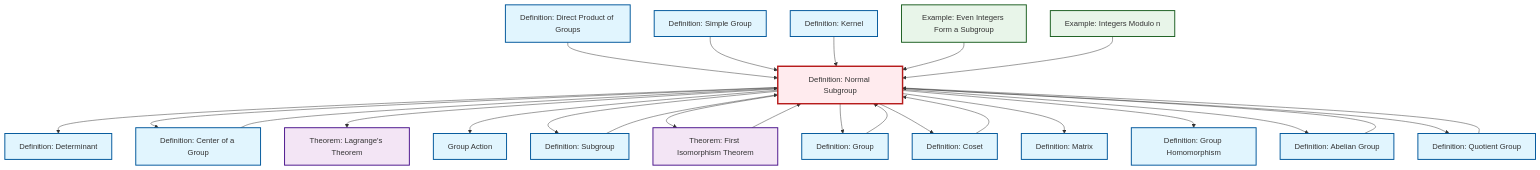
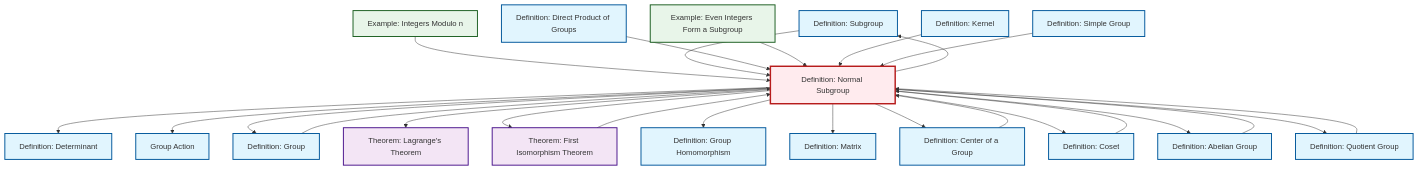
One commit to RK0429/ModernMath changed the diagram in content/en/algebra/def-normal-subgroup.qmd. Above: the diagram before and after it, drawn with Mermaid. The commit also changed other lines of this file and 672 other files, not shown here.

````diff
--- a/content/en/algebra/def-normal-subgroup.qmd
+++ b/content/en/algebra/def-normal-subgroup.qmd
@@ -96,69 +96,69 @@
 ```{mermaid}
 %%| fig-cap: "Local dependency graph"
 graph TD
     classDef definition fill:#e1f5fe,stroke:#01579b,stroke-width:2px
     classDef theorem fill:#f3e5f5,stroke:#4a148c,stroke-width:2px
     classDef axiom fill:#fff3e0,stroke:#e65100,stroke-width:2px
     classDef example fill:#e8f5e9,stroke:#1b5e20,stroke-width:2px
     classDef current fill:#ffebee,stroke:#b71c1c,stroke-width:3px
+    def-subgroup["Definition: Subgroup"]:::definition
+    def-normal-subgroup["Definition: Normal Subgroup"]:::definition
+    def-quotient-group["Definition: Quotient Group"]:::definition
+    def-direct-product["Definition: Direct Product of Groups"]:::definition
+    def-determinant["Definition: Determinant"]:::definition
+    ex-quotient-integers-mod-n["Example: Integers Modulo n"]:::example
+    def-matrix["Definition: Matrix"]:::definition
+    ex-even-integers-subgroup["Example: Even Integers Form a Subgroup"]:::example
+    thm-first-isomorphism["Theorem: First Isomorphism Theorem"]:::theorem
+    def-homomorphism["Definition: Group Homomorphism"]:::definition
+    thm-lagrange["Theorem: Lagrange's Theorem"]:::theorem
+    def-group["Definition: Group"]:::definition
+    def-coset["Definition: Coset"]:::definition
+    def-center-of-group["Definition: Center of a Group"]:::definition
     def-simple-group["Definition: Simple Group"]:::definition
     def-kernel["Definition: Kernel"]:::definition
-    def-subgroup["Definition: Subgroup"]:::definition
-    def-homomorphism["Definition: Group Homomorphism"]:::definition
-    ex-quotient-integers-mod-n["Example: Integers Modulo n"]:::example
     def-group-action["Group Action"]:::definition
     def-abelian-group["Definition: Abelian Group"]:::definition
-    thm-lagrange["Theorem: Lagrange's Theorem"]:::theorem
-    def-normal-subgroup["Definition: Normal Subgroup"]:::definition
-    def-matrix["Definition: Matrix"]:::definition
-    def-center-of-group["Definition: Center of a Group"]:::definition
-    def-coset["Definition: Coset"]:::definition
-    def-determinant["Definition: Determinant"]:::definition
-    def-quotient-group["Definition: Quotient Group"]:::definition
-    def-direct-product["Definition: Direct Product of Groups"]:::definition
-    thm-first-isomorphism["Theorem: First Isomorphism Theorem"]:::theorem
-    def-group["Definition: Group"]:::definition
-    ex-even-integers-subgroup["Example: Even Integers Form a Subgroup"]:::example
-    def-coset --> def-normal-subgroup
+    ex-quotient-integers-mod-n --> def-normal-subgroup
     def-normal-subgroup --> def-determinant
+    def-normal-subgroup --> def-group-action
+    thm-first-isomorphism --> def-normal-subgroup
+    def-subgroup --> def-normal-subgroup
+    def-normal-subgroup --> def-group
     def-direct-product --> def-normal-subgroup
+    def-normal-subgroup --> thm-lagrange
+    def-normal-subgroup --> thm-first-isomorphism
+    def-normal-subgroup --> def-homomorphism
+    def-normal-subgroup --> def-subgroup
+    def-abelian-group --> def-normal-subgroup
+    ex-even-integers-subgroup --> def-normal-subgroup
+    def-normal-subgroup --> def-matrix
     def-normal-subgroup --> def-center-of-group
-    def-simple-group --> def-normal-subgroup
-    def-abelian-group --> def-normal-subgroup
-    def-subgroup --> def-normal-subgroup
     def-group --> def-normal-subgroup
-    def-normal-subgroup --> thm-lagrange
-    def-center-of-group --> def-normal-subgroup
-    def-normal-subgroup --> def-group-action
-    def-normal-subgroup --> def-subgroup
-    def-quotient-group --> def-normal-subgroup
-    def-normal-subgroup --> thm-first-isomorphism
-    thm-first-isomorphism --> def-normal-subgroup
-    def-normal-subgroup --> def-group
     def-kernel --> def-normal-subgroup
     def-normal-subgroup --> def-coset
-    ex-even-integers-subgroup --> def-normal-subgroup
-    def-normal-subgroup --> def-matrix
-    def-normal-subgroup --> def-homomorphism
+    def-quotient-group --> def-normal-subgroup
     def-normal-subgroup --> def-abelian-group
     def-normal-subgroup --> def-quotient-group
-    ex-quotient-integers-mod-n --> def-normal-subgroup
+    def-simple-group --> def-normal-subgroup
+    def-center-of-group --> def-normal-subgroup
+    def-coset --> def-normal-subgroup
     class def-normal-subgroup current
+    click def-subgroup "def-subgroup.html" "Go to Subgroup definition"
+    click def-quotient-group "def-quotient-group.html" "Go to Quotient Group definition"
+    click def-direct-product "def-direct-product.html" "Go to Direct Product of Groups definition"
+    click def-determinant "def-determinant.html" "Go to Determinant definition"
+    click ex-quotient-integers-mod-n "ex-quotient-integers-mod-n.html" "Go to Integers Modulo n example"
+    click def-matrix "def-matrix.html" "Go to Matrix definition"
+    click ex-even-integers-subgroup "ex-even-integers-subgroup.html" "Go to Even Integers Form a Subgroup example"
+    click thm-first-isomorphism "thm-first-isomorphism.html" "Go to First Isomorphism Theorem theorem"
+    click def-homomorphism "def-homomorphism.html" "Go to Group Homomorphism definition"
+    click thm-lagrange "thm-lagrange.html" "Go to Lagrange's Theorem theorem"
+    click def-group "def-group.html" "Go to Group definition"
+    click def-coset "def-coset.html" "Go to Coset definition"
+    click def-center-of-group "def-center-of-group.html" "Go to Center of a Group definition"
     click def-simple-group "def-simple-group.html" "Go to Simple Group definition"
     click def-kernel "def-kernel.html" "Go to Kernel definition"
-    click def-subgroup "def-subgroup.html" "Go to Subgroup definition"
-    click def-homomorphism "def-homomorphism.html" "Go to Group Homomorphism definition"
-    click ex-quotient-integers-mod-n "ex-quotient-integers-mod-n.html" "Go to Integers Modulo n example"
     click def-group-action "def-group-action.html" "Go to Group Action"
     click def-abelian-group "def-abelian-group.html" "Go to Abelian Group definition"
-    click thm-lagrange "thm-lagrange.html" "Go to Lagrange's Theorem theorem"
-    click def-matrix "def-matrix.html" "Go to Matrix definition"
-    click def-center-of-group "def-center-of-group.html" "Go to Center of a Group definition"
-    click def-coset "def-coset.html" "Go to Coset definition"
-    click def-determinant "def-determinant.html" "Go to Determinant definition"
-    click def-quotient-group "def-quotient-group.html" "Go to Quotient Group definition"
-    click def-direct-product "def-direct-product.html" "Go to Direct Product of Groups definition"
-    click thm-first-isomorphism "thm-first-isomorphism.html" "Go to First Isomorphism Theorem theorem"
-    click def-group "def-group.html" "Go to Group definition"
-    click ex-even-integers-subgroup "ex-even-integers-subgroup.html" "Go to Even Integers Form a Subgroup example"
 ```
````
